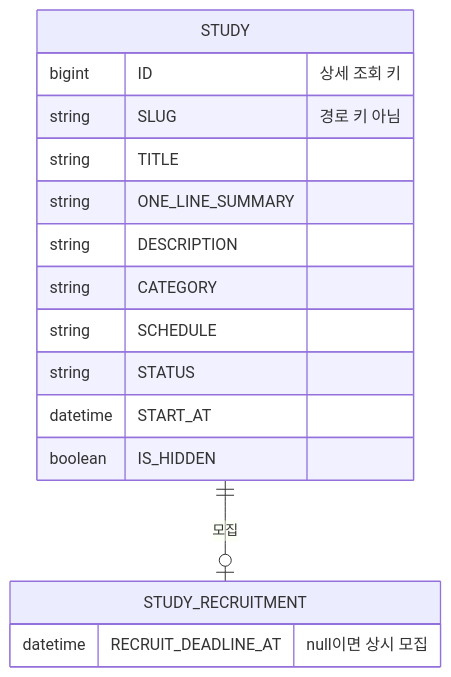
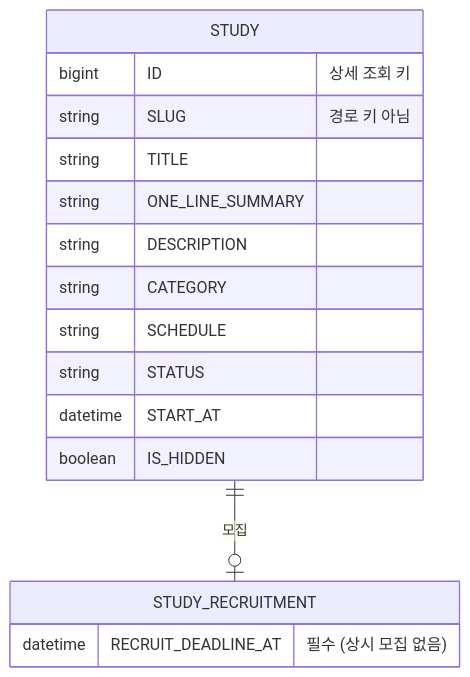
One commit to StudyClub-PlusPlus/studyclub-engineering changed the second of 2 diagrams in planning/stories/crew-view-study-detail/PRD.md. Above: the diagram before and after it, drawn with Mermaid. The commit also changed other lines of this file and 15 other files, not shown here.

````diff
--- a/planning/stories/crew-view-study-detail/PRD.md
+++ b/planning/stories/crew-view-study-detail/PRD.md
@@ -122,19 +122,19 @@
 ```mermaid
 erDiagram
   STUDY ||--o| STUDY_RECRUITMENT : "모집"
   STUDY {
     bigint ID "상세 조회 키"
     string SLUG "경로 키 아님"
     string TITLE
     string ONE_LINE_SUMMARY
     string DESCRIPTION
     string CATEGORY
     string SCHEDULE
     string STATUS
     datetime START_AT
     boolean IS_HIDDEN
   }
   STUDY_RECRUITMENT {
-    datetime RECRUIT_DEADLINE_AT "null이면 상시 모집"
+    datetime RECRUIT_DEADLINE_AT "필수 (상시 모집 없음)"
   }
 ```
````
